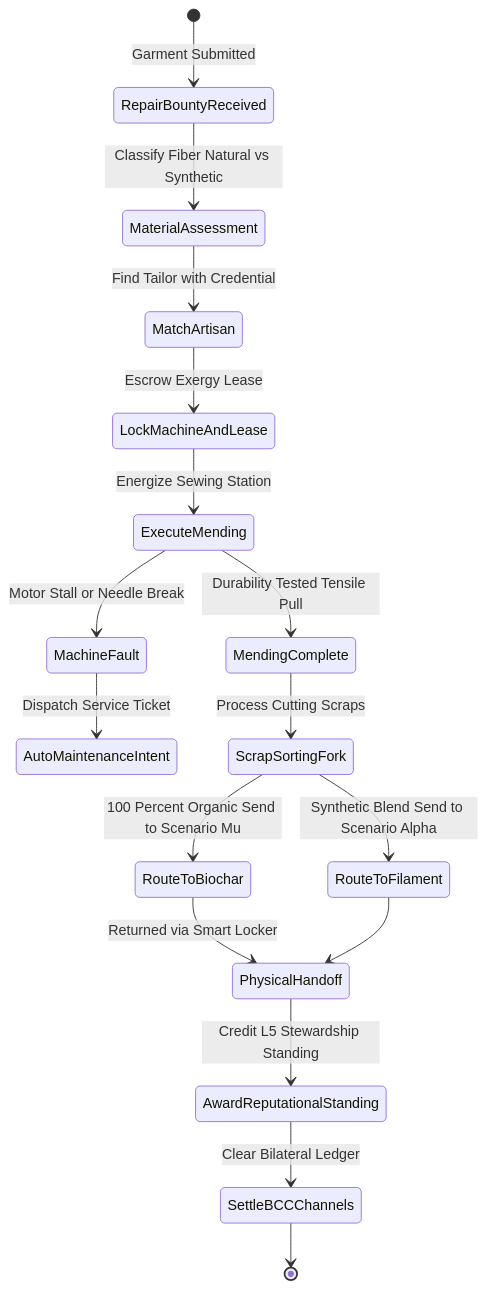
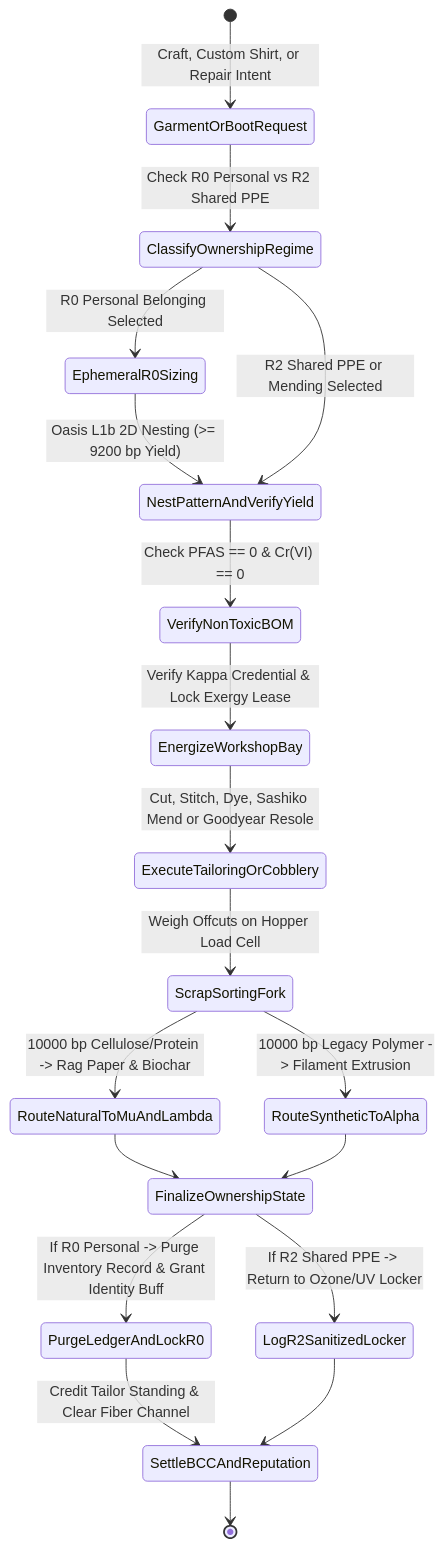
One commit to raffaine/collective changed the third of 3 diagrams in docs/scenarios/nu_fashion.md. Above: the diagram before and after it, drawn with Mermaid. The commit also changed other lines of this file and 10 other files, not shown here.

Commit message:
docs(scenarios): expand Zero, Eta, Theta, Mu, Iota, Kappa, Lambda, Nu, Xi, and Tau specifications

````diff
--- a/docs/scenarios/nu_fashion.md
+++ b/docs/scenarios/nu_fashion.md
@@ -91,19 +135,21 @@
 ```mermaid
 stateDiagram-v2
-    [*] --> RepairBountyReceived: Garment Submitted
-    RepairBountyReceived --> MaterialAssessment: Classify Fiber Natural vs Synthetic
-    MaterialAssessment --> MatchArtisan: Find Tailor with Credential
-    MatchArtisan --> LockMachineAndLease: Escrow Exergy Lease
-    LockMachineAndLease --> ExecuteMending: Energize Sewing Station
-    ExecuteMending --> MachineFault: Motor Stall or Needle Break
-    MachineFault --> AutoMaintenanceIntent: Dispatch Service Ticket
-    ExecuteMending --> MendingComplete: Durability Tested Tensile Pull
-    MendingComplete --> ScrapSortingFork: Process Cutting Scraps
-    ScrapSortingFork --> RouteToBiochar: 100 Percent Organic Send to Scenario Mu
-    ScrapSortingFork --> RouteToFilament: Synthetic Blend Send to Scenario Alpha
-    RouteToBiochar --> PhysicalHandoff: Returned via Smart Locker
-    RouteToFilament --> PhysicalHandoff
-    PhysicalHandoff --> AwardReputationalStanding: Credit L5 Stewardship Standing
-    AwardReputationalStanding --> SettleBCCChannels: Clear Bilateral Ledger
-    SettleBCCChannels --> [*]
+    [*] --> GarmentOrBootRequest: Craft, Custom Shirt, or Repair Intent
+    GarmentOrBootRequest --> ClassifyOwnershipRegime: Check R0 Personal vs R2 Shared PPE
+    ClassifyOwnershipRegime --> EphemeralR0Sizing: R0 Personal Belonging Selected
+    EphemeralR0Sizing --> NestPatternAndVerifyYield: Oasis L1b 2D Nesting (>= 9200 bp Yield)
+    ClassifyOwnershipRegime --> NestPatternAndVerifyYield: R2 Shared PPE or Mending Selected
+    NestPatternAndVerifyYield --> VerifyNonToxicBOM: Check PFAS == 0 & Cr(VI) == 0
+    VerifyNonToxicBOM --> EnergizeWorkshopBay: Verify Kappa Credential & Lock Exergy Lease
+    EnergizeWorkshopBay --> ExecuteTailoringOrCobblery: Cut, Stitch, Dye, Sashiko Mend or Goodyear Resole
+    ExecuteTailoringOrCobblery --> ScrapSortingFork: Weigh Offcuts on Hopper Load Cell
+    ScrapSortingFork --> RouteNaturalToMuAndLambda: 10000 bp Cellulose/Protein -> Rag Paper & Biochar
+    ScrapSortingFork --> RouteSyntheticToAlpha: 10000 bp Legacy Polymer -> Filament Extrusion
+    RouteNaturalToMuAndLambda --> FinalizeOwnershipState
+    RouteSyntheticToAlpha --> FinalizeOwnershipState
+    FinalizeOwnershipState --> PurgeLedgerAndLockR0: If R0 Personal -> Purge Inventory Record & Grant Identity Buff
+    FinalizeOwnershipState --> LogR2SanitizedLocker: If R2 Shared PPE -> Return to Ozone/UV Locker
+    PurgeLedgerAndLockR0 --> SettleBCCAndReputation: Credit Tailor Standing & Clear Fiber Channel
+    LogR2SanitizedLocker --> SettleBCCAndReputation
+    SettleBCCAndReputation --> [*]
 ```
````
